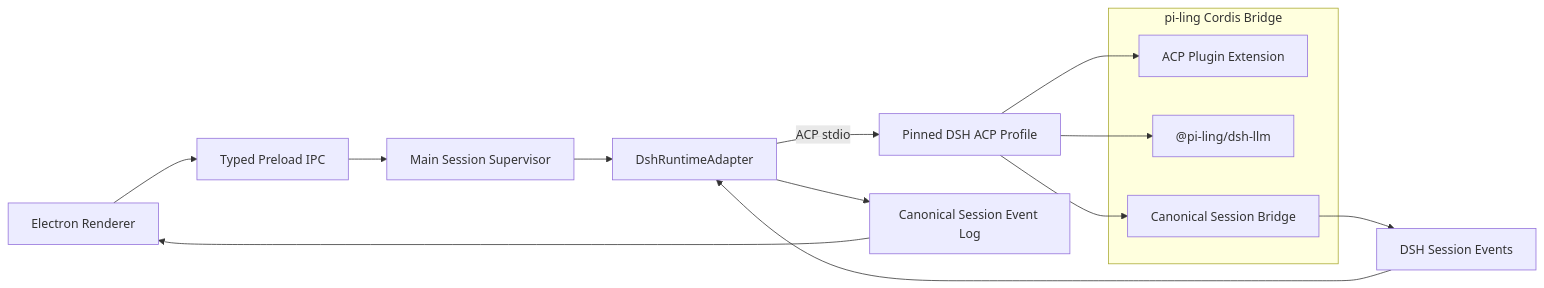
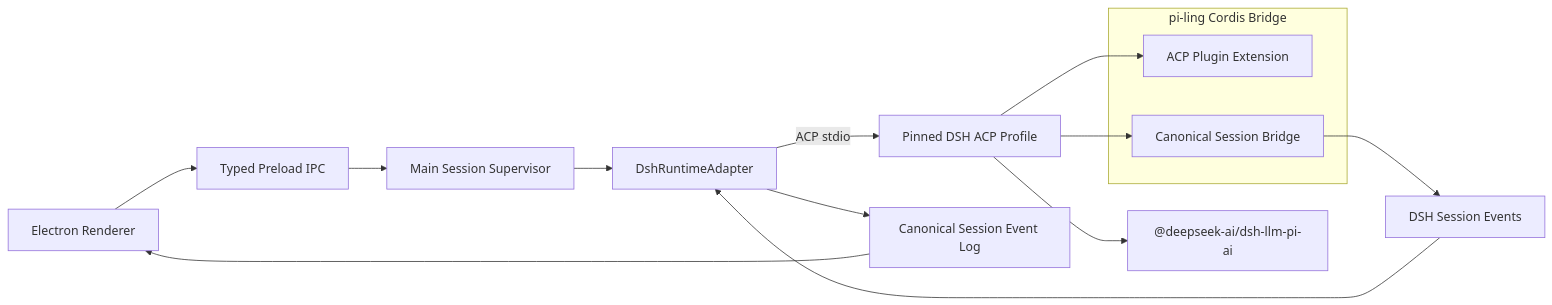
One commit to guyi-a/pi-ling changed the diagram in docs/dsh-acp-integration-plan.md. Above: the diagram before and after it, drawn with Mermaid. The commit also changed other lines of this file and 40 other files, not shown here.

Commit message:
refactor: adopt official DSH pi-ai adapter

````diff
--- a/docs/dsh-acp-integration-plan.md
+++ b/docs/dsh-acp-integration-plan.md
@@ -15,21 +15,20 @@
 ```mermaid
 flowchart LR
   Renderer["Electron Renderer"] --> Preload["Typed Preload IPC"]
   Preload --> Main["Main Session Supervisor"]
   Main --> Runtime["DshRuntimeAdapter"]
   Runtime -->|"ACP stdio"| Profile["Pinned DSH ACP Profile"]
 
   subgraph bridge [pi-ling Cordis Bridge]
     AcpPlugin["ACP Plugin Extension"]
-    LlmPlugin["@pi-ling/dsh-llm"]
     SessionPlugin["Canonical Session Bridge"]
   end
 
+  Profile --> OfficialLlm["@deepseek-ai/dsh-llm-pi-ai"]
   Profile --> AcpPlugin
-  Profile --> LlmPlugin
   Profile --> SessionPlugin
   SessionPlugin --> DshEvents["DSH Session Events"]
   DshEvents --> Runtime
   Runtime --> ProductEvents["Canonical Session Event Log"]
   ProductEvents --> Renderer
 ```
````
